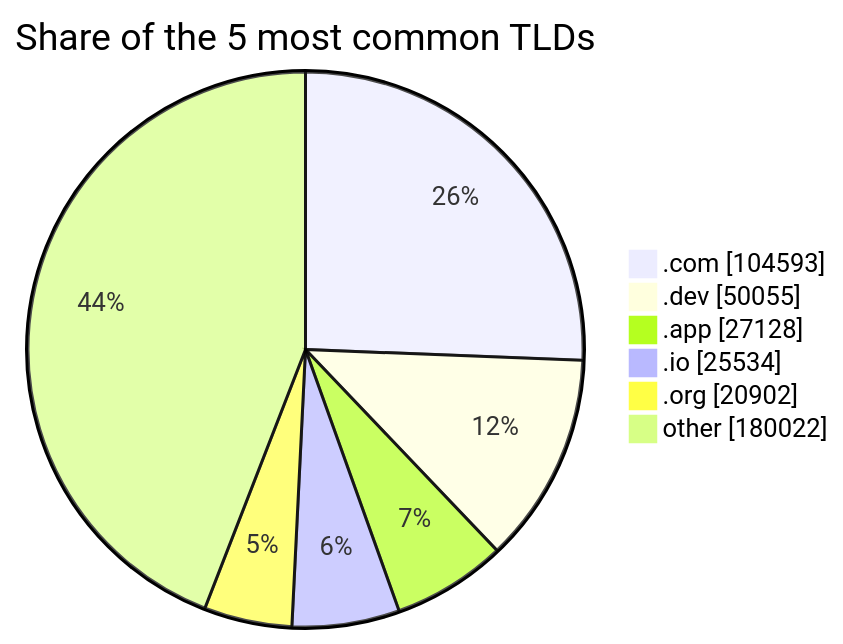
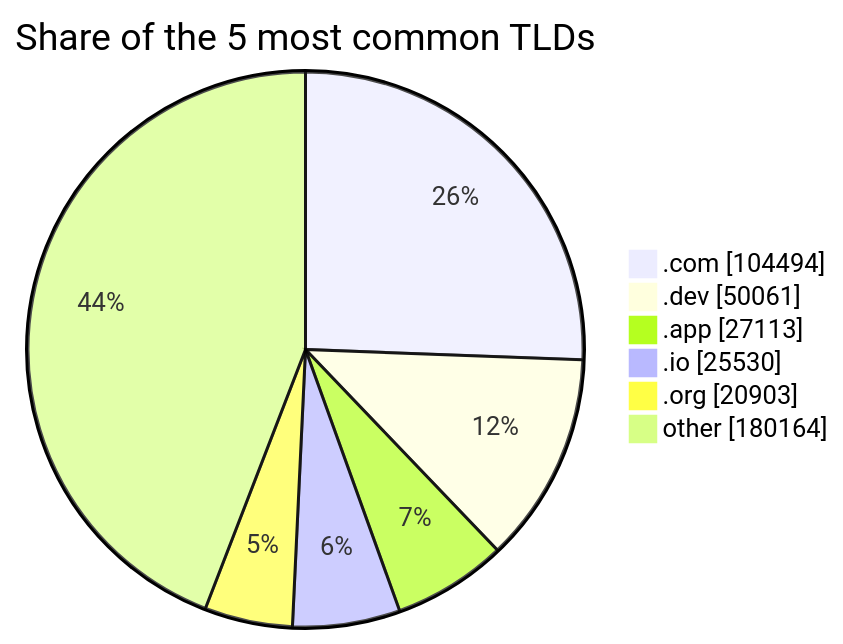
The third of 3 diagrams in README.md (DNSBunker/CTI), drawn with Mermaid before and after one commit. The commit also changed other lines of this file and 3 other files, not shown here.

````diff
--- a/README.md
+++ b/README.md
@@ -81,9 +81,9 @@
 ```mermaid
 pie showData title Share of the 5 most common TLDs
-    ".com" : 104593
-    ".dev" : 50055
-    ".app" : 27128
-    ".io" : 25534
-    ".org" : 20902
-    "other" : 180022
+    ".com" : 104494
+    ".dev" : 50061
+    ".app" : 27113
+    ".io" : 25530
+    ".org" : 20903
+    "other" : 180164
 ```
````
